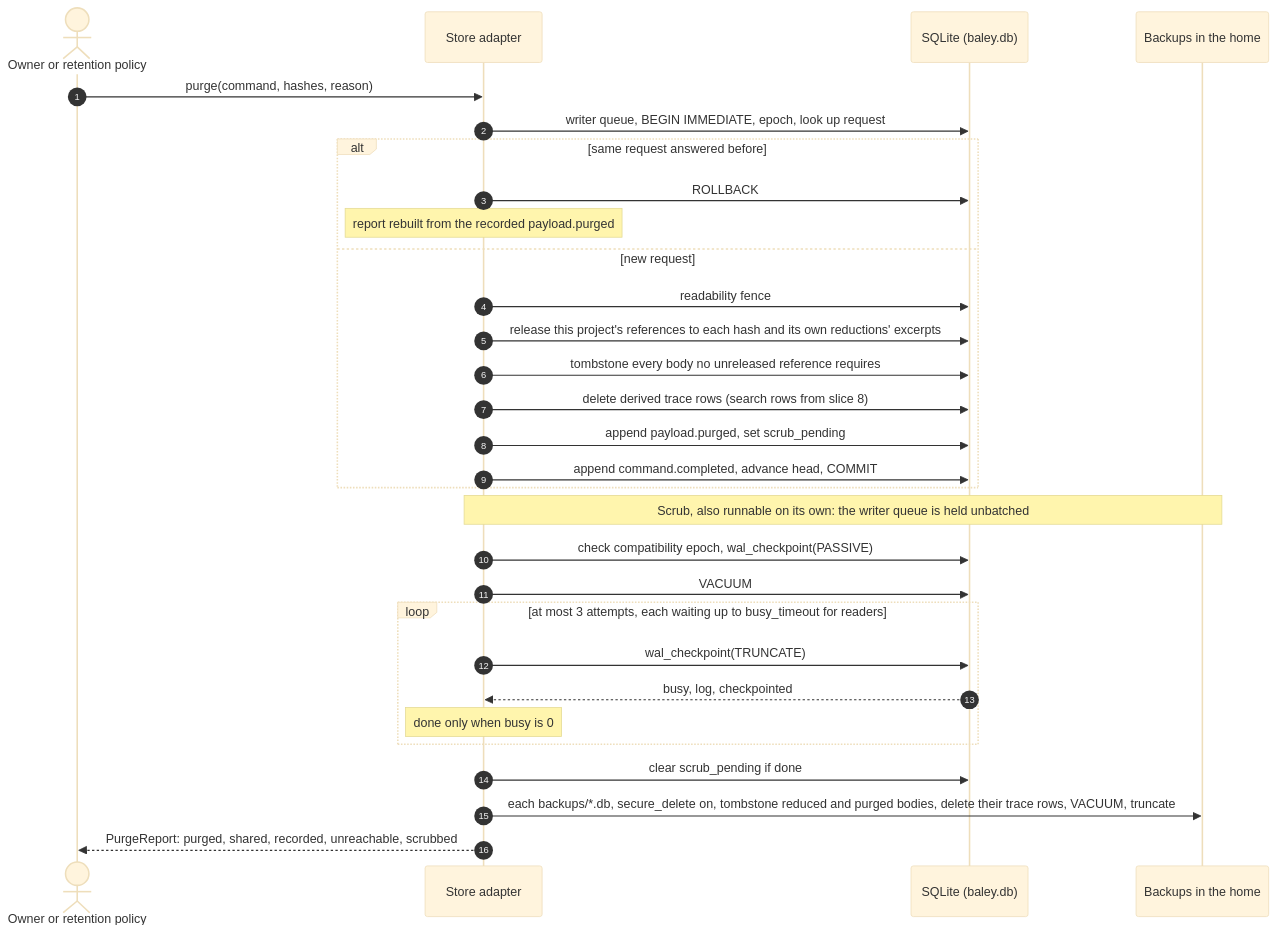
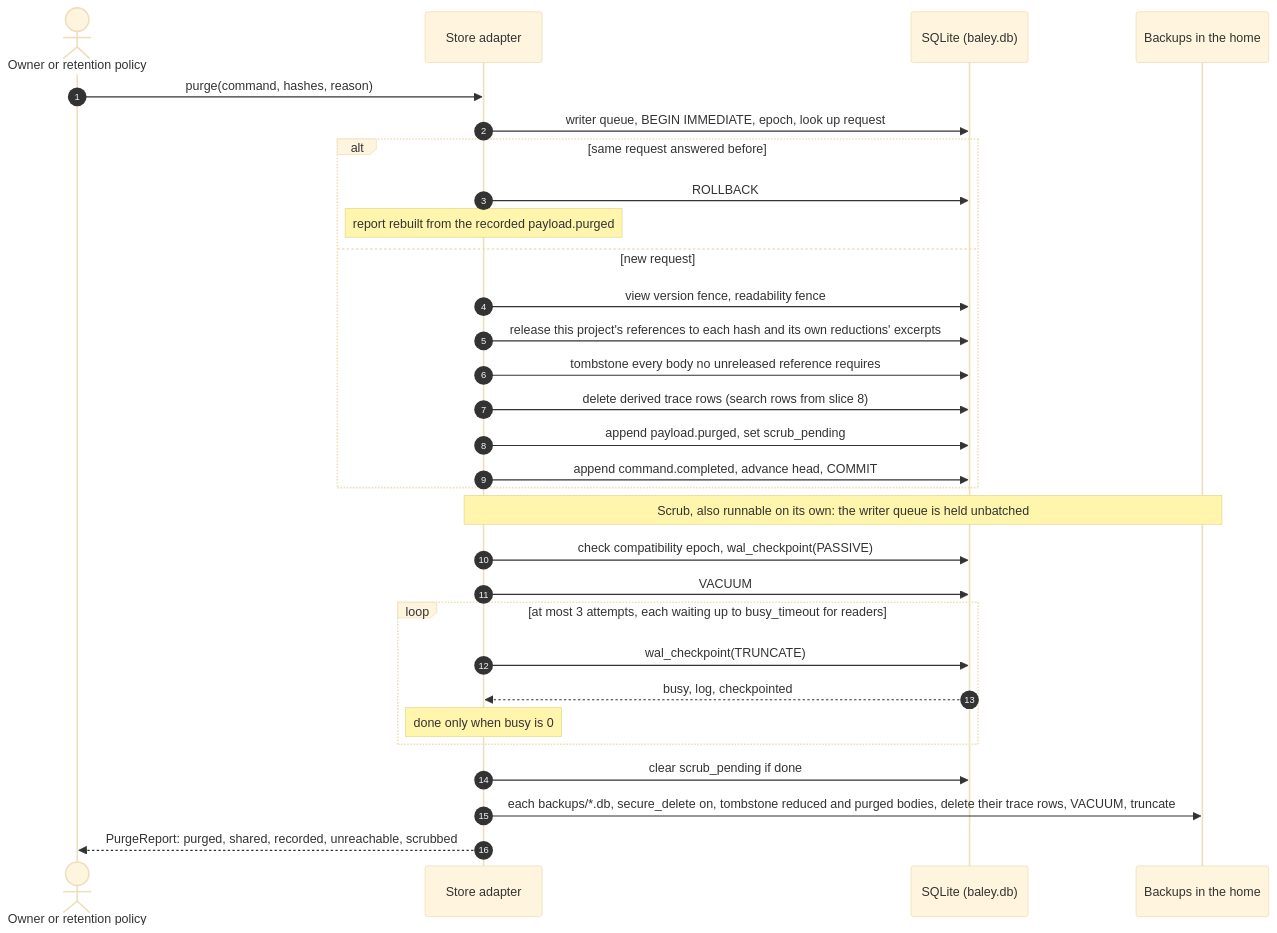
One commit to crenshawdev/baley changed the ninth of 12 diagrams in docs/design/0001-evidence-ledger.md. Above: the diagram before and after it, drawn with Mermaid (base theme). The commit also changed other lines of this file and 12 other files, not shown here.

````diff
--- a/docs/design/0001-evidence-ledger.md
+++ b/docs/design/0001-evidence-ledger.md
@@ -552,32 +635,32 @@
 ```mermaid
 sequenceDiagram
   autonumber
   actor O as Owner or retention policy
   participant L as Store adapter
   participant Q as SQLite (baley.db)
   participant B as Backups in the home
   O->>L: purge(command, hashes, reason)
   L->>Q: writer queue, BEGIN IMMEDIATE, epoch, look up request
   alt same request answered before
     L->>Q: ROLLBACK
     Note over L: report rebuilt from the recorded payload.purged
   else new request
-    L->>Q: readability fence
+    L->>Q: view version fence, readability fence
     L->>Q: release this project's references to each hash and its own reductions' excerpts
     L->>Q: tombstone every body no unreleased reference requires
     L->>Q: delete derived trace rows (search rows from slice 8)
     L->>Q: append payload.purged, set scrub_pending
     L->>Q: append command.completed, advance head, COMMIT
   end
   Note over L,B: Scrub, also runnable on its own: the writer queue is held unbatched
   L->>Q: check compatibility epoch, wal_checkpoint(PASSIVE)
   L->>Q: VACUUM
   loop at most 3 attempts, each waiting up to busy_timeout for readers
     L->>Q: wal_checkpoint(TRUNCATE)
     Q-->>L: busy, log, checkpointed
     Note over L: done only when busy is 0
   end
   L->>Q: clear scrub_pending if done
   L->>B: each backups/*.db, secure_delete on, tombstone reduced and purged bodies, delete their trace rows, VACUUM, truncate
   L-->>O: PurgeReport: purged, shared, recorded, unreachable, scrubbed
 ```
````
